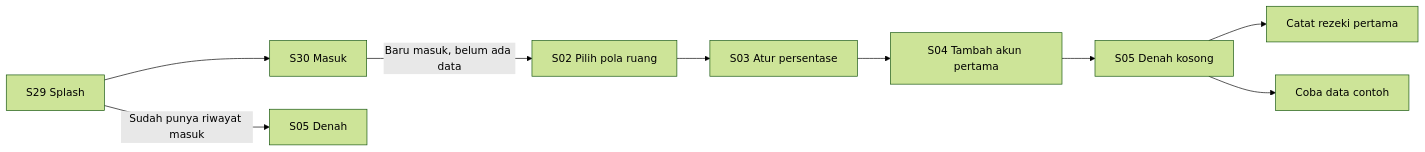
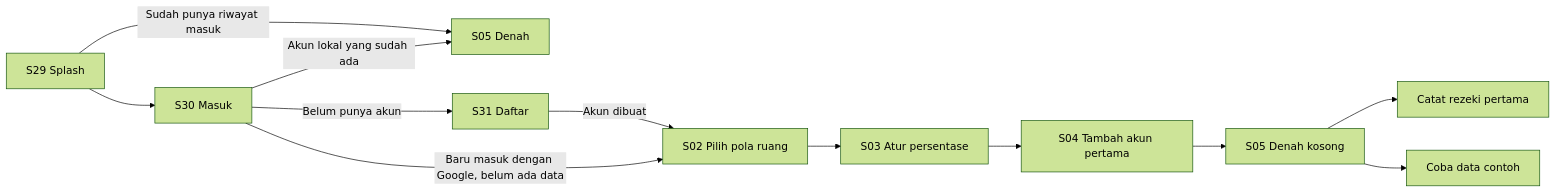
One commit to masuyamaster/Rizqflow changed the second of 9 diagrams in docs/ui-flow.md. Above: the diagram before and after it, drawn with Mermaid (forest theme). The commit also changed other lines of this file and 8 other files, not shown here.

First line of the commit message:
Tambahkan masuk dengan nama pengguna dan sandi serta halaman Daftar (S31) ke prototipe dan dokumen

````diff
--- a/docs/ui-flow.md
+++ b/docs/ui-flow.md
@@ -354,11 +355,14 @@
 ```mermaid
 flowchart LR
 P["S29 Splash"] --> L["S30 Masuk"]
 P -->|"Sudah punya riwayat masuk"| M["S05 Denah"]
-L -->|"Baru masuk, belum ada data"| B["S02 Pilih pola ruang"]
+L -->|"Belum punya akun"| R["S31 Daftar"]
+R -->|"Akun dibuat"| B["S02 Pilih pola ruang"]
+L -->|"Akun lokal yang sudah ada"| M
+L -->|"Baru masuk dengan Google, belum ada data"| B
 B --> C["S03 Atur persentase"]
 C --> D["S04 Tambah akun pertama"]
 D --> E["S05 Denah kosong"]
 E --> F["Catat rezeki pertama"]
 E --> G["Coba data contoh"]
 ```
````
